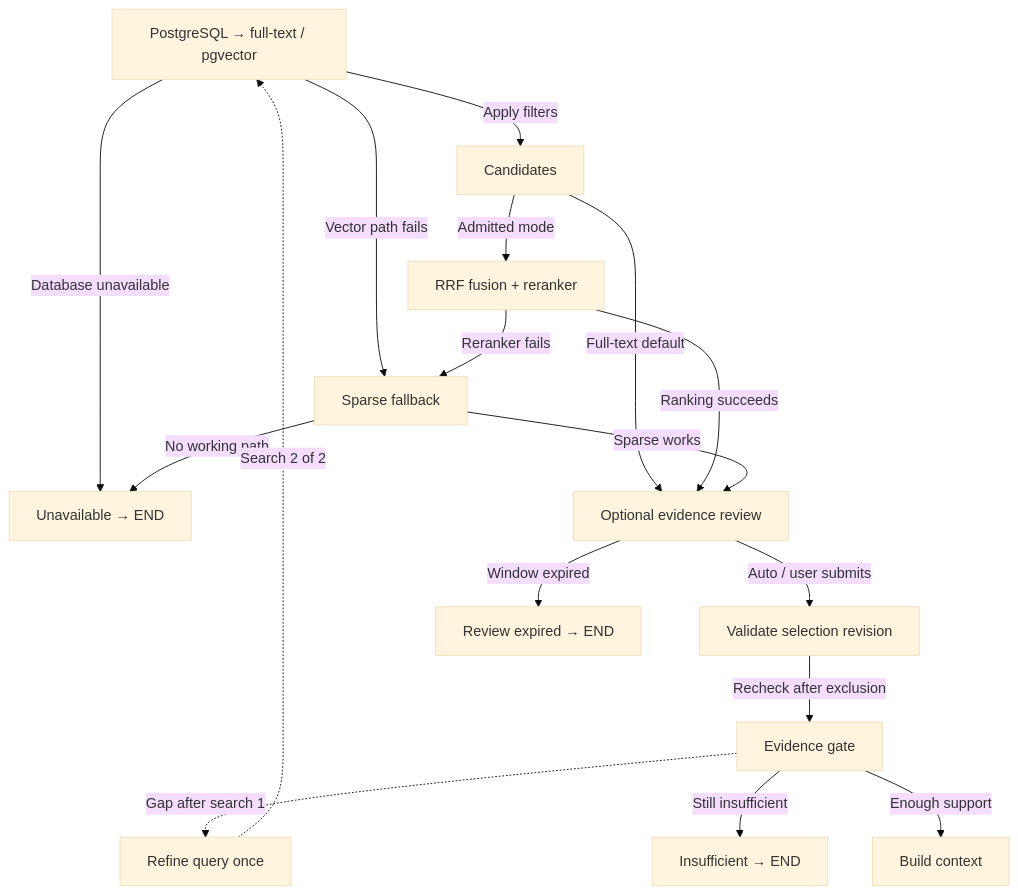
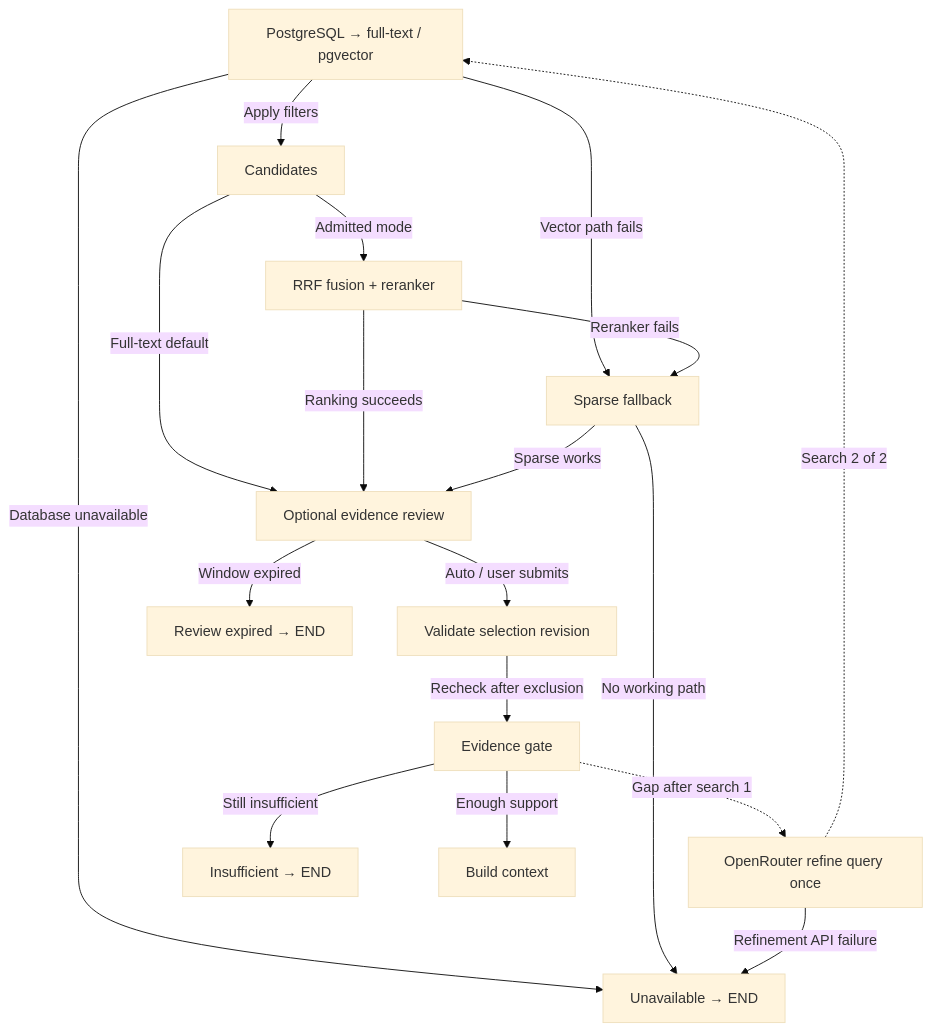
One commit to ByronHo68/ai-learning-academy changed the diagram in public/downloads/finance-diagrams/retrieval-en.mmd. Above: the diagram before and after it, drawn with Mermaid (base theme). The commit also changed 81 other files, not shown here.

Commit message:
Route finance LLM calls through a shared OpenRouter gateway

```diff
--- a/public/downloads/finance-diagrams/retrieval-en.mmd
+++ b/public/downloads/finance-diagrams/retrieval-en.mmd
@@ -1,29 +1,30 @@
 flowchart TD
   n0["PostgreSQL → full-text / pgvector"]
   n1["Unavailable → END"]
   n2["Candidates"]
   n3["Optional evidence review"]
   n4["RRF fusion + reranker"]
   n5["Sparse fallback"]
   n6["Validate selection revision"]
   n7["Review expired → END"]
   n8["Evidence gate"]
-  n9["Refine query once"]
+  n9["OpenRouter refine query once"]
   n10["Insufficient → END"]
   n11["Build context"]
   n0 -- "Database unavailable" --> n1
   n0 -- "Apply filters" --> n2
   n2 -- "Full-text default" --> n3
   n2 -- "Admitted mode" --> n4
   n4 -- "Ranking succeeds" --> n3
   n0 -- "Vector path fails" --> n5
   n4 -- "Reranker fails" --> n5
   n5 -- "Sparse works" --> n3
   n3 -- "Auto / user submits" --> n6
   n3 -- "Window expired" --> n7
   n6 -- "Recheck after exclusion" --> n8
   n5 -- "No working path" --> n1
   n8 -. "Gap after search 1" .-> n9
+  n9 -- "Refinement API failure" --> n1
   n9 -. "Search 2 of 2" .-> n0
   n8 -- "Still insufficient" --> n10
   n8 -- "Enough support" --> n11
```
